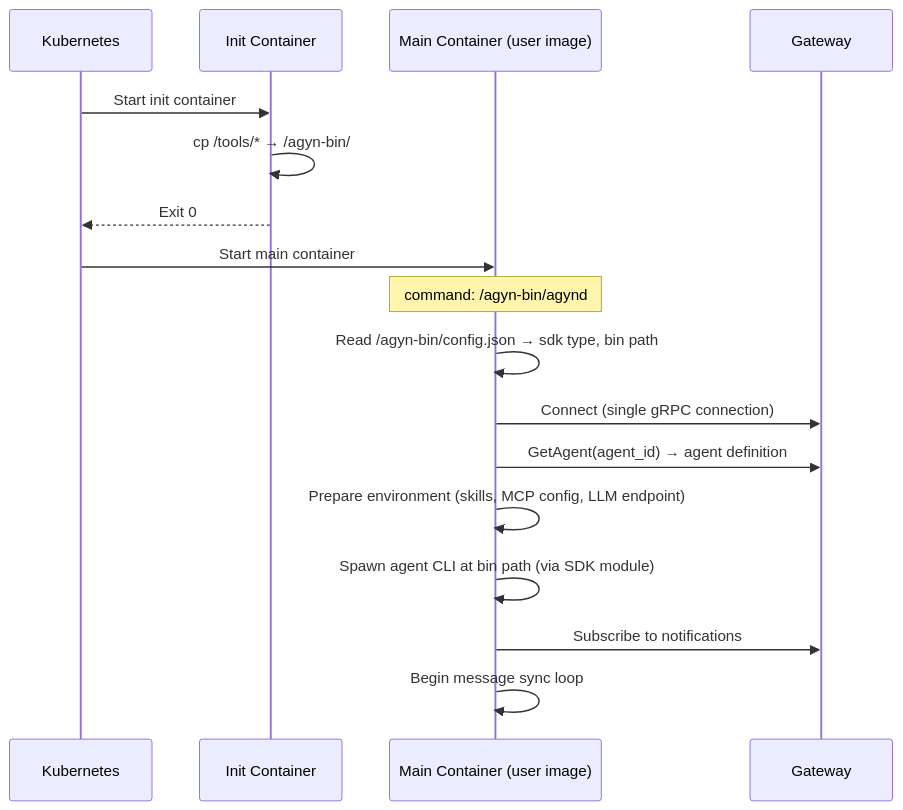
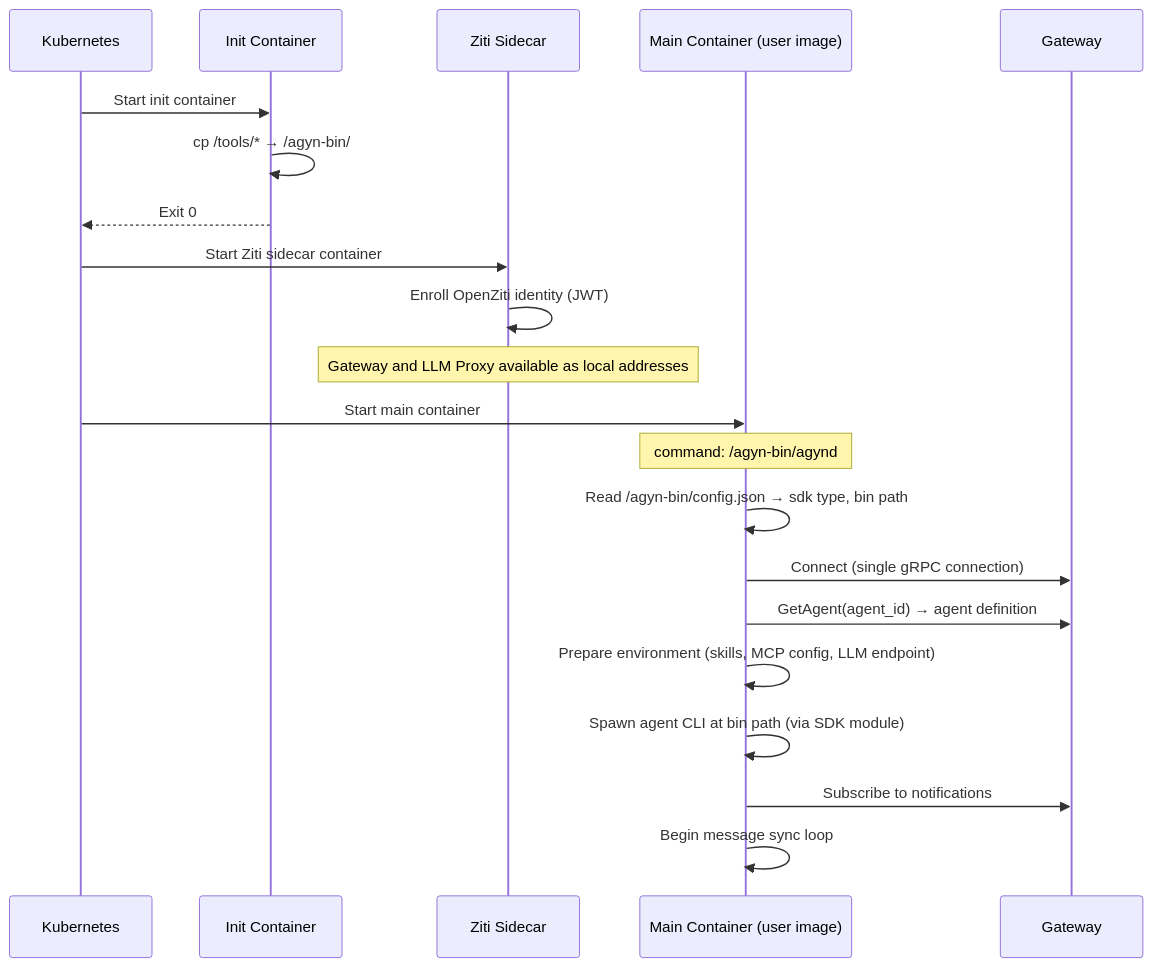
Before and after one commit to agynio/architecture: the second of 2 diagrams in architecture/agent-init.md, drawn with Mermaid. The commit also changed other lines of this file and 11 other files, not shown here.

Commit message:
fix: document ziti sidecar model

````diff
--- a/architecture/agent-init.md
+++ b/architecture/agent-init.md
@@ -199,22 +199,27 @@
 ```mermaid
 sequenceDiagram
     participant K as Kubernetes
     participant IC as Init Container
+    participant ZS as Ziti Sidecar
     participant MC as Main Container (user image)
     participant GW as Gateway
 
     K->>IC: Start init container
     IC->>IC: cp /tools/* → /agyn-bin/
     IC-->>K: Exit 0
+
+    K->>ZS: Start Ziti sidecar container
+    ZS->>ZS: Enroll OpenZiti identity (JWT)
+    Note over ZS: Gateway and LLM Proxy available as local addresses
 
     K->>MC: Start main container
     Note over MC: command: /agyn-bin/agynd
 
     MC->>MC: Read /agyn-bin/config.json → sdk type, bin path
     MC->>GW: Connect (single gRPC connection)
     MC->>GW: GetAgent(agent_id) → agent definition
     MC->>MC: Prepare environment (skills, MCP config, LLM endpoint)
     MC->>MC: Spawn agent CLI at bin path (via SDK module)
     MC->>GW: Subscribe to notifications
     MC->>MC: Begin message sync loop
 ```
````
